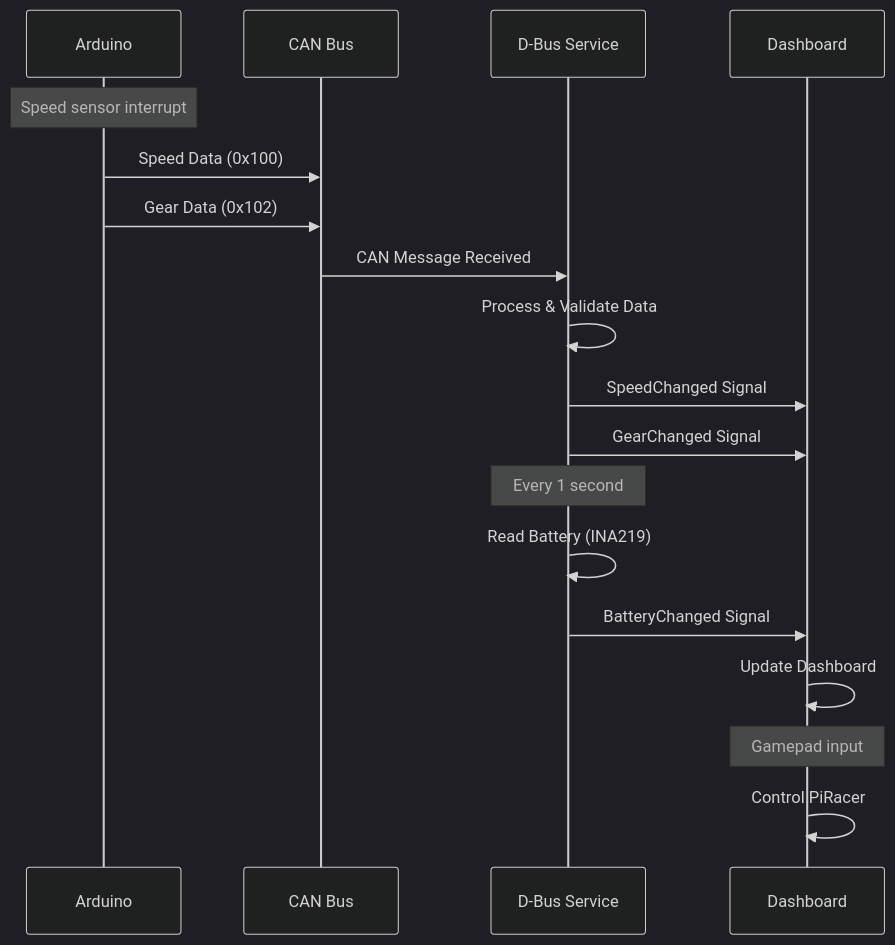
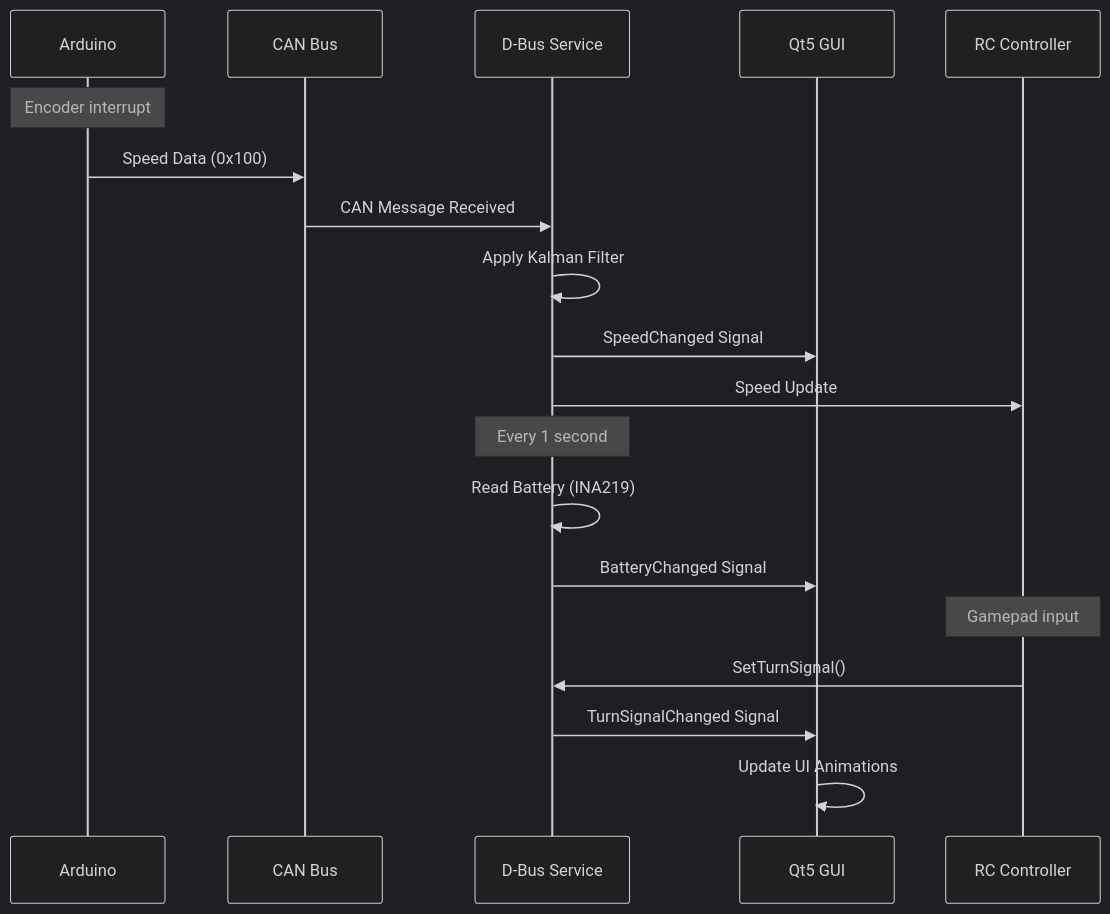
Before and after one commit to saicharansathyam/Instrument-Cluster: the sixth of 8 diagrams in README.md, drawn with Mermaid (dark theme). The commit also changed other lines of this file, not shown here.

````diff
--- a/README.md
+++ b/README.md
@@ -110,25 +143,27 @@
 ```mermaid
 sequenceDiagram
     participant A as Arduino
     participant C as CAN Bus
     participant D as D-Bus Service
-    participant R as Dashboard
+    participant G as Qt5 GUI
+    participant R as RC Controller
     
-    Note over A: Speed sensor interrupt
+    Note over A: Encoder interrupt
     A->>C: Speed Data (0x100)
-    A->>C: Gear Data (0x102)
     
     C->>D: CAN Message Received
-    D->>D: Process & Validate Data
+    D->>D: Apply Kalman Filter
     
-    D->>R: SpeedChanged Signal
-    D->>R: GearChanged Signal
+    D->>G: SpeedChanged Signal
+    D->>R: Speed Update
     
     Note over D: Every 1 second
     D->>D: Read Battery (INA219)
-    D->>R: BatteryChanged Signal
+    D->>G: BatteryChanged Signal
     
-    R->>R: Update Dashboard
     Note over R: Gamepad input
-    R->>R: Control PiRacer
+    R->>D: SetTurnSignal()
+    D->>G: TurnSignalChanged Signal
+    
+    G->>G: Update UI Animations
 ```
````
